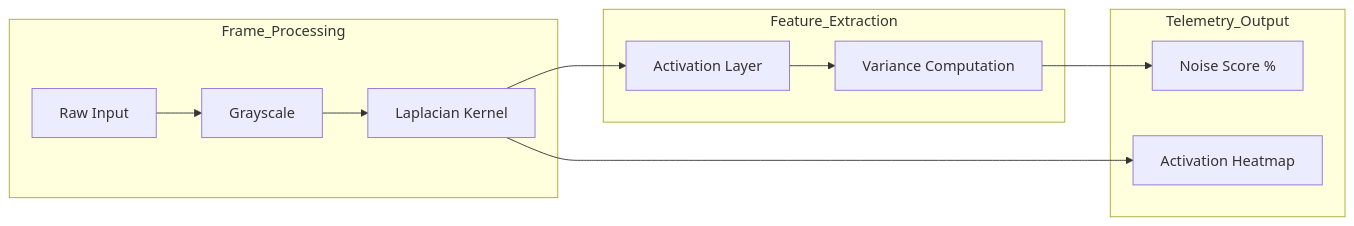
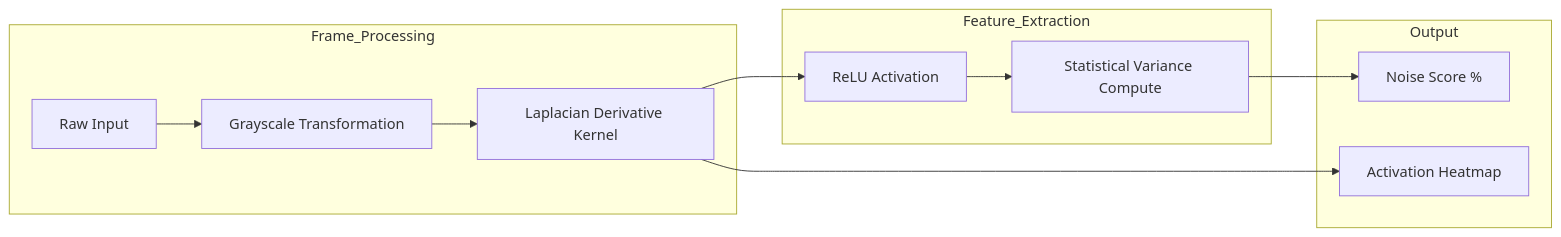
The second of 3 diagrams in documentation.md (ritvikindupuri/FSD_Security), drawn with Mermaid before and after one commit. The commit also changed other lines of this file and 1 other file, not shown here.

````diff
--- a/documentation.md
+++ b/documentation.md
@@ -72,17 +74,17 @@
 ```mermaid
 graph LR
     subgraph Frame_Processing
-    I[Raw Input] --> GS[Grayscale]
-    GS --> LT[Laplacian Kernel]
+    I[Raw Input] --> GS[Grayscale Transformation]
+    GS --> LT[Laplacian Derivative Kernel]
     end
     
     subgraph Feature_Extraction
-    LT --> AC[Activation Layer]
-    AC --> VAR[Variance Computation]
+    LT --> AC[ReLU Activation]
+    AC --> VAR[Statistical Variance Compute]
     end
     
-    subgraph Telemetry_Output
+    subgraph Output
     VAR --> NS[Noise Score %]
     LT --> HM[Activation Heatmap]
     end
 ```
````
